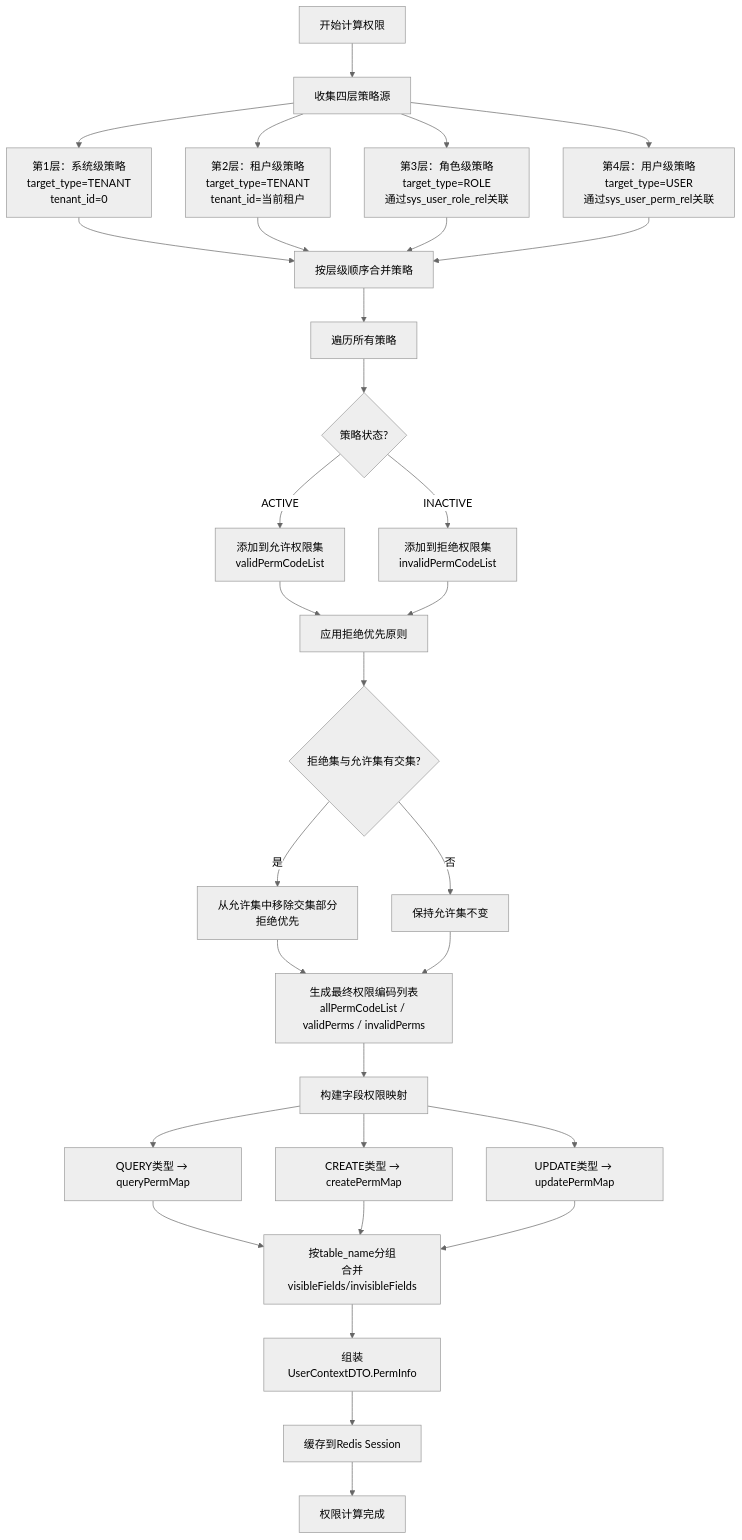
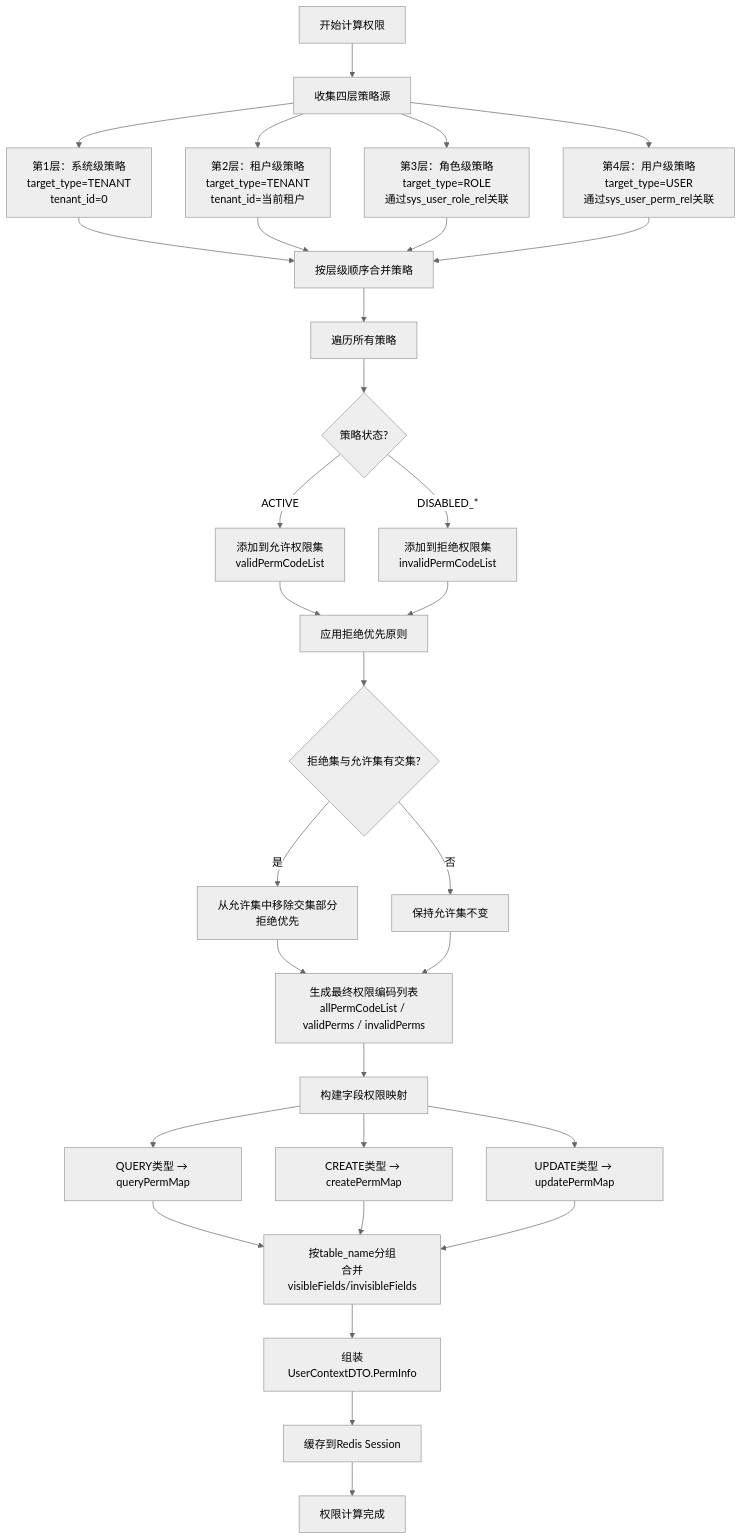
The third of 4 diagrams in docs/PRD.md (shy-doki/nexusix-platform), drawn with Mermaid (neutral theme) before and after one commit. The commit also changed other lines of this file and 7 other files, not shown here.

````diff
--- a/docs/PRD.md
+++ b/docs/PRD.md
@@ -795,42 +819,42 @@
 ```mermaid
 flowchart TD
     A[开始计算权限] --> B[收集四层策略源]
     
     B --> B1[第1层：系统级策略<br/>target_type=TENANT<br/>tenant_id=0]
     B --> B2[第2层：租户级策略<br/>target_type=TENANT<br/>tenant_id=当前租户]
     B --> B3[第3层：角色级策略<br/>target_type=ROLE<br/>通过sys_user_role_rel关联]
     B --> B4[第4层：用户级策略<br/>target_type=USER<br/>通过sys_user_perm_rel关联]
     
     B1 --> C[按层级顺序合并策略]
     B2 --> C
     B3 --> C
     B4 --> C
     
     C --> D[遍历所有策略]
     D --> E{策略状态?}
     E -->|ACTIVE| F[添加到允许权限集<br/>validPermCodeList]
-    E -->|INACTIVE| G[添加到拒绝权限集<br/>invalidPermCodeList]
+    E -->|DISABLED_*| G[添加到拒绝权限集<br/>invalidPermCodeList]
     
     F --> H[应用拒绝优先原则]
     G --> H
     
     H --> I{拒绝集与允许集有交集?}
     I -->|是| J[从允许集中移除交集部分<br/>拒绝优先]
     I -->|否| K[保持允许集不变]
     
     J --> L[生成最终权限编码列表<br/>allPermCodeList / validPerms / invalidPerms]
     K --> L
     
     L --> M[构建字段权限映射]
     M --> M1[QUERY类型 → queryPermMap]
     M --> M2[CREATE类型 → createPermMap]
     M --> M3[UPDATE类型 → updatePermMap]
     
     M1 --> N[按table_name分组<br/>合并visibleFields/invisibleFields]
     M2 --> N
     M3 --> N
     
     N --> O[组装UserContextDTO.PermInfo]
     O --> P[缓存到Redis Session]
     P --> Q[权限计算完成]
 ```
````
